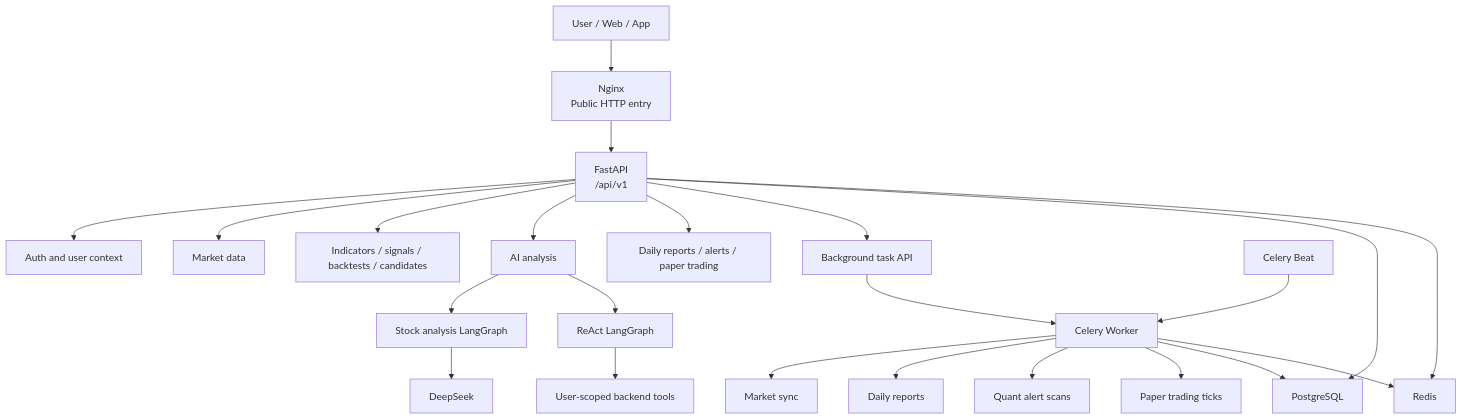
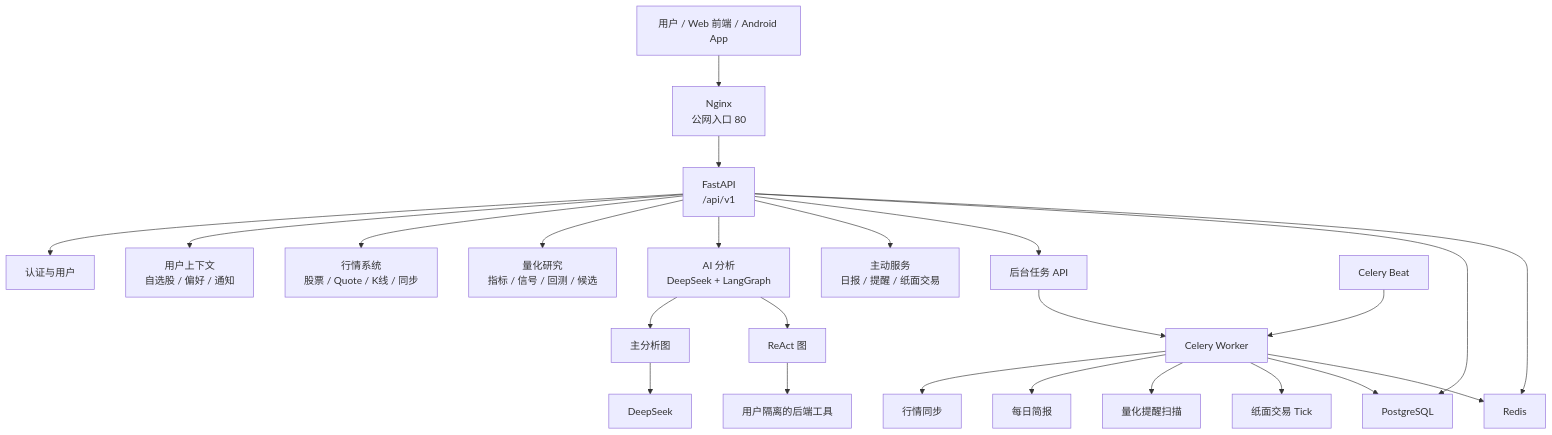
One commit to deleson/langgraph_commerce_stock_backend changed the first of 3 diagrams in README.md. Above: the diagram before and after it, drawn with Mermaid. The commit also changed other lines of this file, not shown here.

````diff
--- a/README.md
+++ b/README.md
@@ -49,30 +89,31 @@
 ```mermaid
 flowchart TD
-    U["User / Web / App"] --> N["Nginx<br/>Public HTTP entry"]
+    U["用户 / Web 前端 / Android App"] --> N["Nginx<br/>公网入口 80"]
     N --> API["FastAPI<br/>/api/v1"]
 
-    API --> Auth["Auth and user context"]
-    API --> Market["Market data"]
-    API --> Quant["Indicators / signals / backtests / candidates"]
-    API --> AI["AI analysis"]
-    API --> Active["Daily reports / alerts / paper trading"]
-    API --> TaskAPI["Background task API"]
+    API --> Auth["认证与用户"]
+    API --> Context["用户上下文<br/>自选股 / 偏好 / 通知"]
+    API --> Market["行情系统<br/>股票 / Quote / K线 / 同步"]
+    API --> Quant["量化研究<br/>指标 / 信号 / 回测 / 候选"]
+    API --> AI["AI 分析<br/>DeepSeek + LangGraph"]
+    API --> Active["主动服务<br/>日报 / 提醒 / 纸面交易"]
+    API --> TaskAPI["后台任务 API"]
 
-    AI --> MainGraph["Stock analysis LangGraph"]
-    AI --> ReactGraph["ReAct LangGraph"]
+    AI --> MainGraph["主分析图"]
+    AI --> ReactGraph["ReAct 图"]
     MainGraph --> LLM["DeepSeek"]
-    ReactGraph --> Tools["User-scoped backend tools"]
+    ReactGraph --> Tools["用户隔离的后端工具"]
 
     TaskAPI --> Worker["Celery Worker"]
     Beat["Celery Beat"] --> Worker
 
-    Worker --> Sync["Market sync"]
-    Worker --> Daily["Daily reports"]
-    Worker --> Alerts["Quant alert scans"]
-    Worker --> PaperTick["Paper trading ticks"]
+    Worker --> Sync["行情同步"]
+    Worker --> Daily["每日简报"]
+    Worker --> Alerts["量化提醒扫描"]
+    Worker --> PaperTick["纸面交易 Tick"]
 
     API --> DB["PostgreSQL"]
     API --> Redis["Redis"]
     Worker --> DB
     Worker --> Redis
 ```
````
